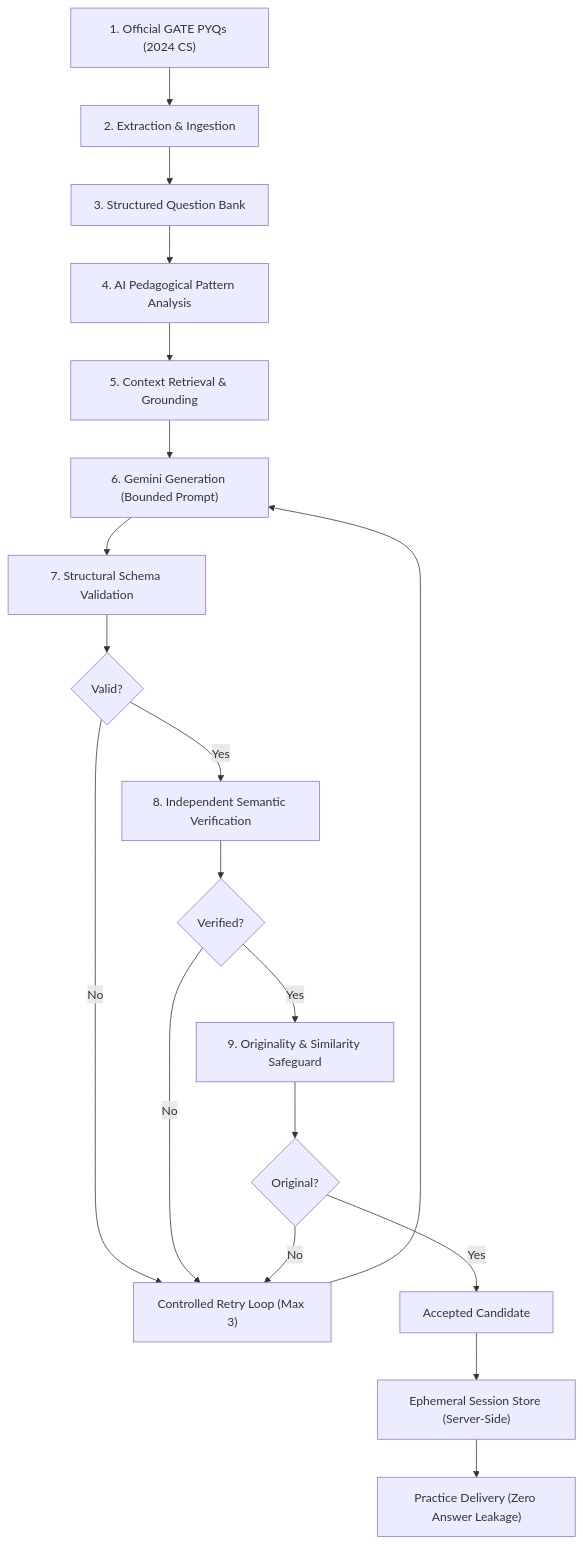
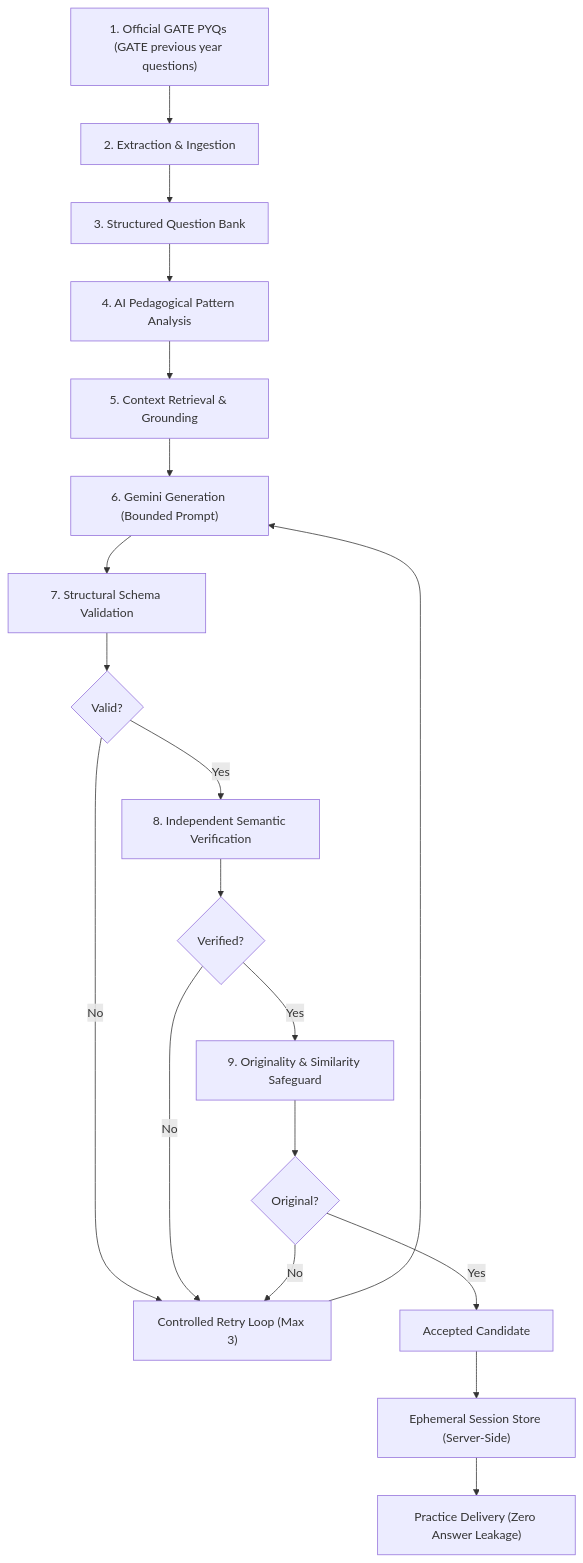
The diagram in docs/ARCHITECTURE.md (Abhishek022001/GateForge), drawn with Mermaid before and after one commit. The commit also changed other lines of this file and 2 other files, not shown here.

Commit message:
readme-update2

````diff
--- a/docs/ARCHITECTURE.md
+++ b/docs/ARCHITECTURE.md
@@ -11,21 +11,21 @@
 ```mermaid
 flowchart TD
-    A["1. Official GATE PYQs (2024 CS)"] --> B["2. Extraction & Ingestion"]
+    A["1. Official GATE PYQs (GATE previous year questions)"] --> B["2. Extraction & Ingestion"]
     B --> C["3. Structured Question Bank"]
     C --> D["4. AI Pedagogical Pattern Analysis"]
     D --> E["5. Context Retrieval & Grounding"]
     E --> F["6. Gemini Generation (Bounded Prompt)"]
     F --> G["7. Structural Schema Validation"]
     G --> H{"Valid?"}
     H -- No --> R["Controlled Retry Loop (Max 3)"]
     H -- Yes --> I["8. Independent Semantic Verification"]
     I --> J{"Verified?"}
     J -- No --> R
     J -- Yes --> K["9. Originality & Similarity Safeguard"]
     K --> L{"Original?"}
     L -- No --> R
     L -- Yes --> M["Accepted Candidate"]
     R --> F
     M --> N["Ephemeral Session Store (Server-Side)"]
     N --> O["Practice Delivery (Zero Answer Leakage)"]
 ```
````
